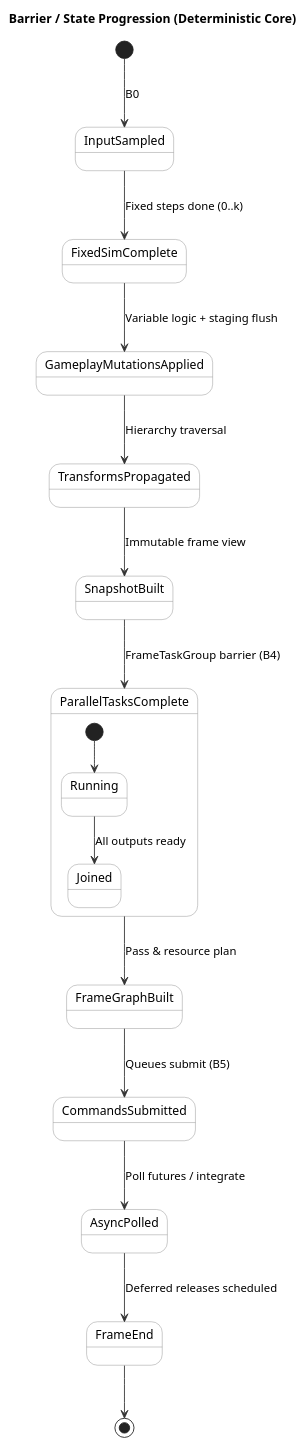
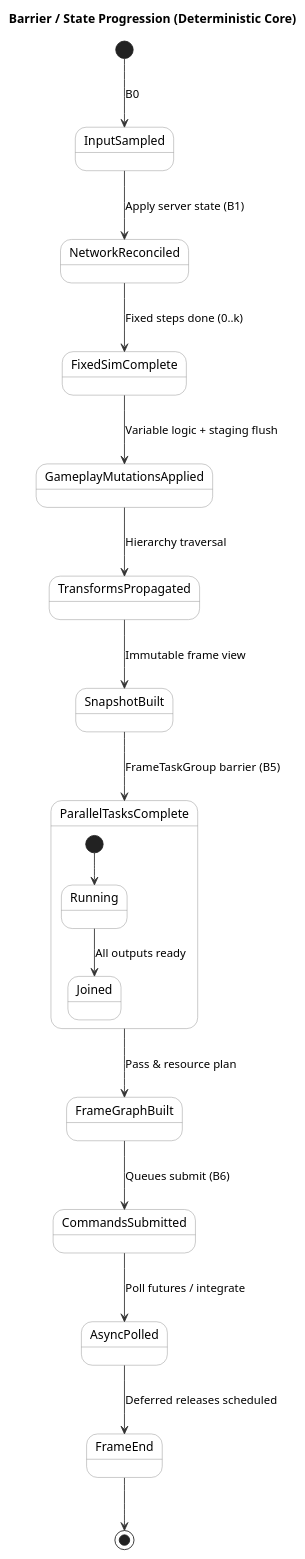
Before and after one commit to abdes/DroidNet: the fourth of 4 diagrams in projects/Oxygen.Engine/Examples/AsyncEngine/README.md, drawn with PlantUML. The commit also changed other lines of this file and 60 other files, not shown here.

````diff
--- a/projects/Oxygen.Engine/Examples/AsyncEngine/README.md
+++ b/projects/Oxygen.Engine/Examples/AsyncEngine/README.md
@@ -706,29 +736,30 @@
 ```plantuml
 @startuml BarriersStates
 title Barrier / State Progression (Deterministic Core)
 
 skinparam state {
  BackgroundColor #ffffff
  BorderColor #888888
  ArrowColor #333333
 }
 
 [*] --> InputSampled : B0
-InputSampled --> FixedSimComplete : Fixed steps done (0..k)
+InputSampled --> NetworkReconciled : Apply server state (B1)
+NetworkReconciled --> FixedSimComplete : Fixed steps done (0..k)
 FixedSimComplete --> GameplayMutationsApplied : Variable logic + staging flush
 GameplayMutationsApplied --> TransformsPropagated : Hierarchy traversal
 TransformsPropagated --> SnapshotBuilt : Immutable frame view
-SnapshotBuilt --> ParallelTasksComplete : FrameTaskGroup barrier (B4)
+SnapshotBuilt --> ParallelTasksComplete : FrameTaskGroup barrier (B5)
 ParallelTasksComplete --> FrameGraphBuilt : Pass & resource plan
-FrameGraphBuilt --> CommandsSubmitted : Queues submit (B5)
+FrameGraphBuilt --> CommandsSubmitted : Queues submit (B6)
 CommandsSubmitted --> AsyncPolled : Poll futures / integrate
 AsyncPolled --> FrameEnd : Deferred releases scheduled
 FrameEnd --> [*]
 
 state ParallelTasksComplete {
  [*] --> Running
  Running --> Joined : All outputs ready
 }
 
 @enduml
 ```
````
